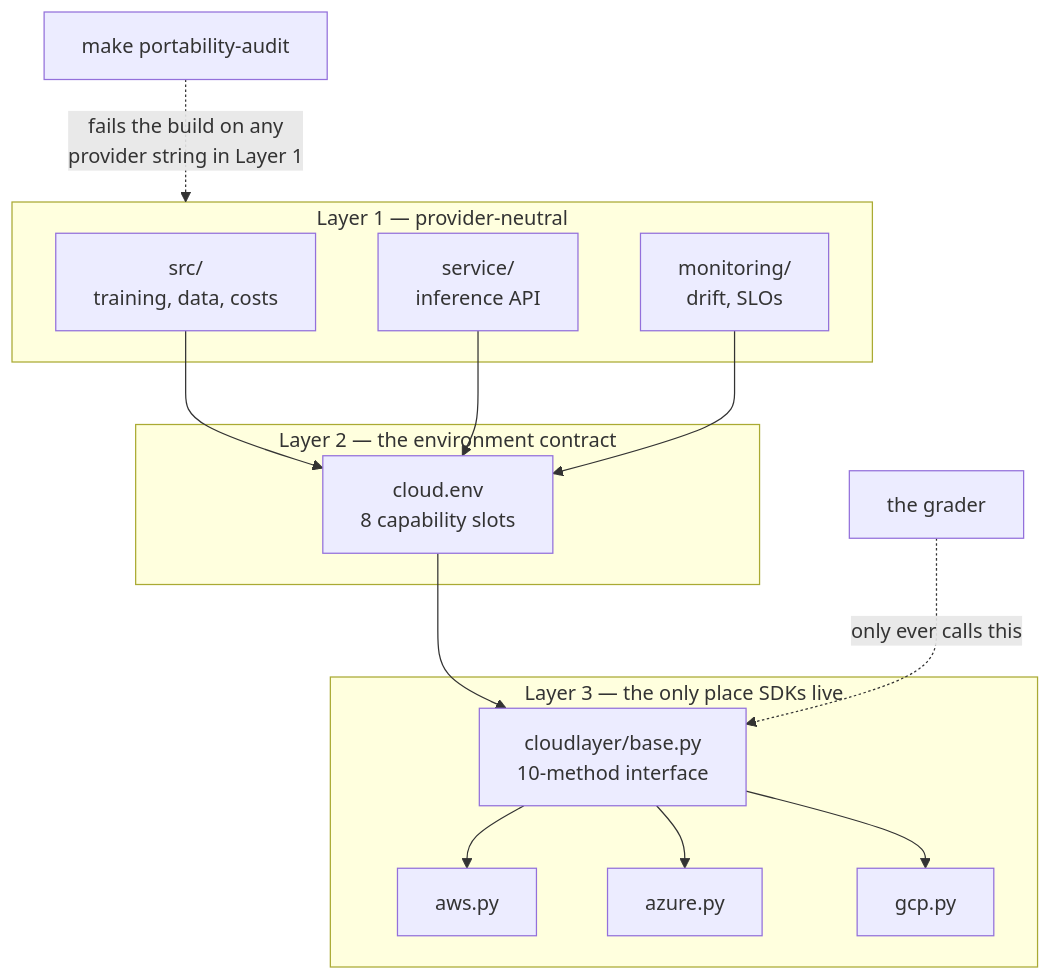
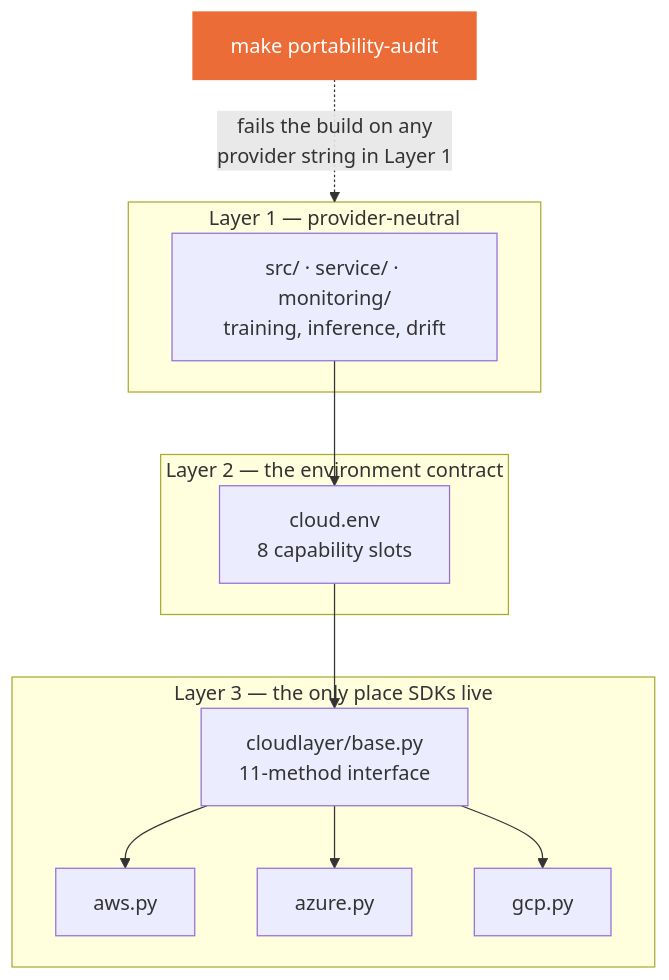
The diagram in docs/REPO-GUIDE.md (pasdptt/public_teaching_mlaiops), drawn with Mermaid before and after one commit. The commit also changed 2 other files, not shown here.

````diff
--- a/docs/REPO-GUIDE.md
+++ b/docs/REPO-GUIDE.md
@@ -37,26 +37,23 @@
 ```mermaid
 flowchart TD
     subgraph L1["Layer 1 — provider-neutral"]
-        SRC["src/<br>training, data, costs"]
-        SVC["service/<br>inference API"]
-        MON["monitoring/<br>drift, SLOs"]
+        SRC["src/ · service/ · monitoring/<br>training, inference, drift"]
     end
     subgraph L2["Layer 2 — the environment contract"]
         ENV["cloud.env<br>8 capability slots"]
     end
     subgraph L3["Layer 3 — the only place SDKs live"]
-        BASE["cloudlayer/base.py<br>10-method interface"]
+        BASE["cloudlayer/base.py<br>11-method interface"]
         AWS["aws.py"]
         AZ["azure.py"]
         GCP["gcp.py"]
     end
-    SRC --> ENV
-    SVC --> ENV
-    MON --> ENV
-    ENV --> BASE
+    SRC --> ENV --> BASE
     BASE --> AWS
     BASE --> AZ
     BASE --> GCP
     AUDIT["make portability-audit"] -.->|"fails the build on any<br>provider string in Layer 1"| L1
-    GRADER["the grader"] -.->|"only ever calls this"| BASE
+
+    classDef focus fill:#eb6c36,stroke:#eb6c36,color:#ffffff
+    class AUDIT focus
 ```
````
